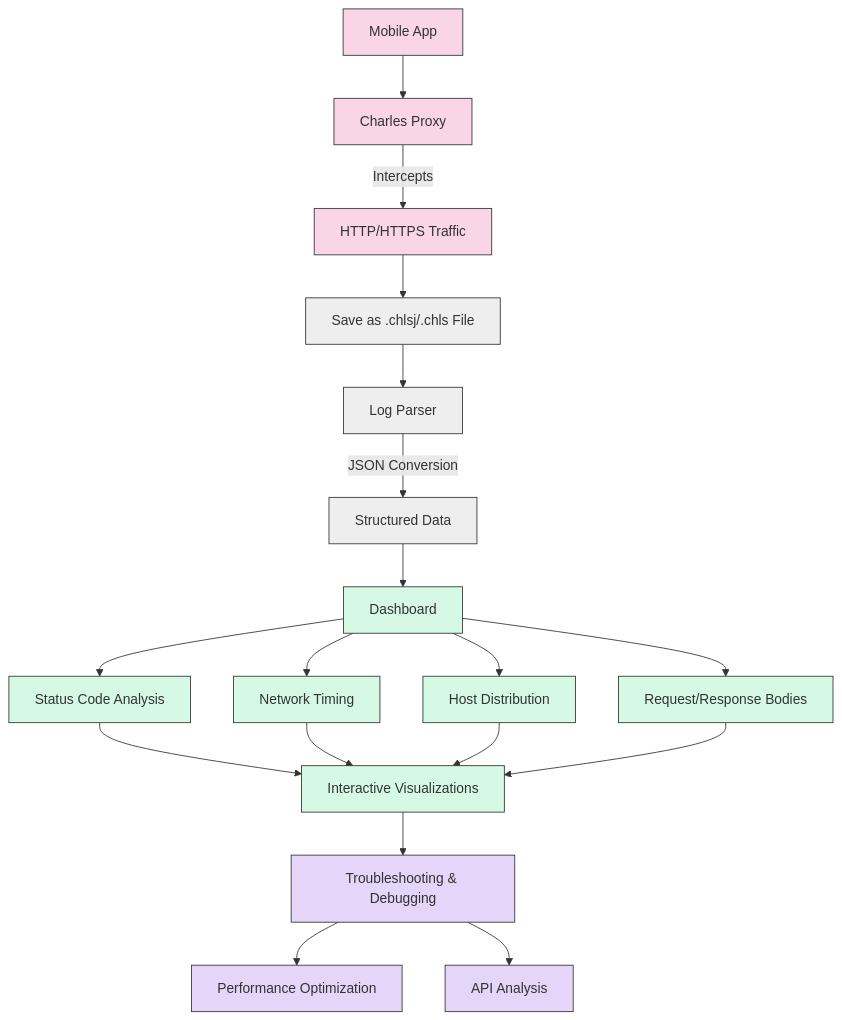
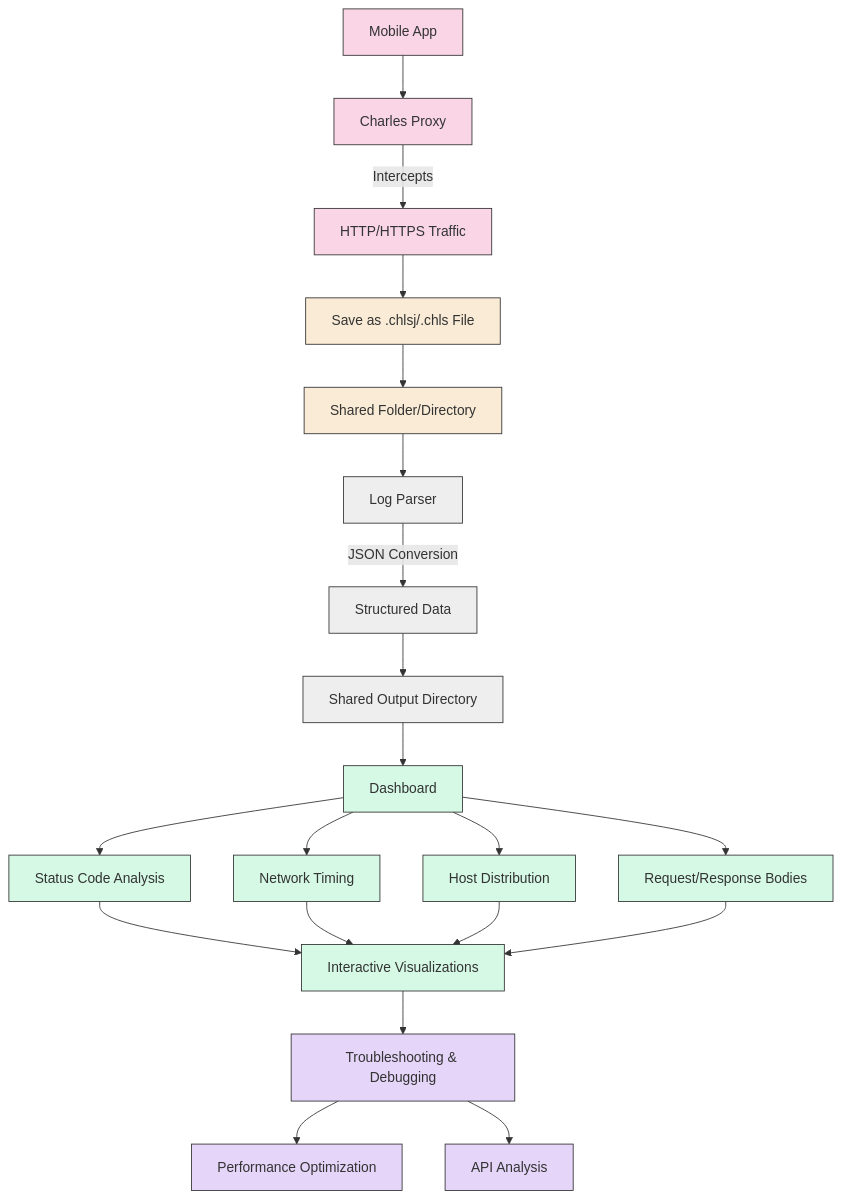
Before and after one commit to PranjulRaizada/mcp-charles-dashboard: the diagram in flow_diagram.md, drawn with Mermaid. The commit also changed other lines of this file, not shown here.

Commit message:
Update flow diagram documentation

````diff
--- a/flow_diagram.md
+++ b/flow_diagram.md
@@ -7,34 +7,39 @@
 ```mermaid
 graph TB
     A[Mobile App] --> B[Charles Proxy]
     B -- Intercepts --> C[HTTP/HTTPS Traffic]
     C --> D[Save as .chlsj/.chls File]
     
-    D --> E[Log Parser]
+    D --> S[Shared Folder/Directory]
+    
+    S --> E[Log Parser]
     E -- JSON Conversion --> F[Structured Data]
+    F --> S2[Shared Output Directory]
     
-    F --> G[Dashboard]
+    S2 --> G[Dashboard]
     G --> H1[Status Code Analysis]
     G --> H2[Network Timing]
     G --> H3[Host Distribution]
     G --> H4[Request/Response Bodies]
     
     H1 --> I[Interactive Visualizations]
     H2 --> I
     H3 --> I
     H4 --> I
     
     I --> J[Troubleshooting & Debugging]
     J --> K[Performance Optimization]
     J --> L[API Analysis]
     
     class A,B,C networkCapture;
-    class D,E,F dataProcessing;
+    class D,S dataStorage;
+    class E,F,S2 dataProcessing;
     class G,H1,H2,H3,H4,I visualization;
     class J,K,L analysis;
     
     classDef networkCapture fill:#f9d5e5,stroke:#333,stroke-width:1px;
+    classDef dataStorage fill:#f9ebd5,stroke:#333,stroke-width:1px;
     classDef dataProcessing fill:#eeeeee,stroke:#333,stroke-width:1px;
     classDef visualization fill:#d5f9e5,stroke:#333,stroke-width:1px;
     classDef analysis fill:#e5d5f9,stroke:#333,stroke-width:1px;
 ```
````
